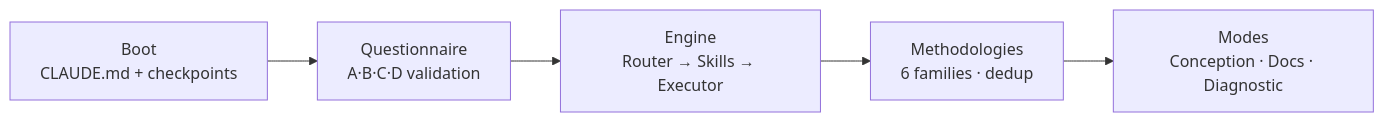
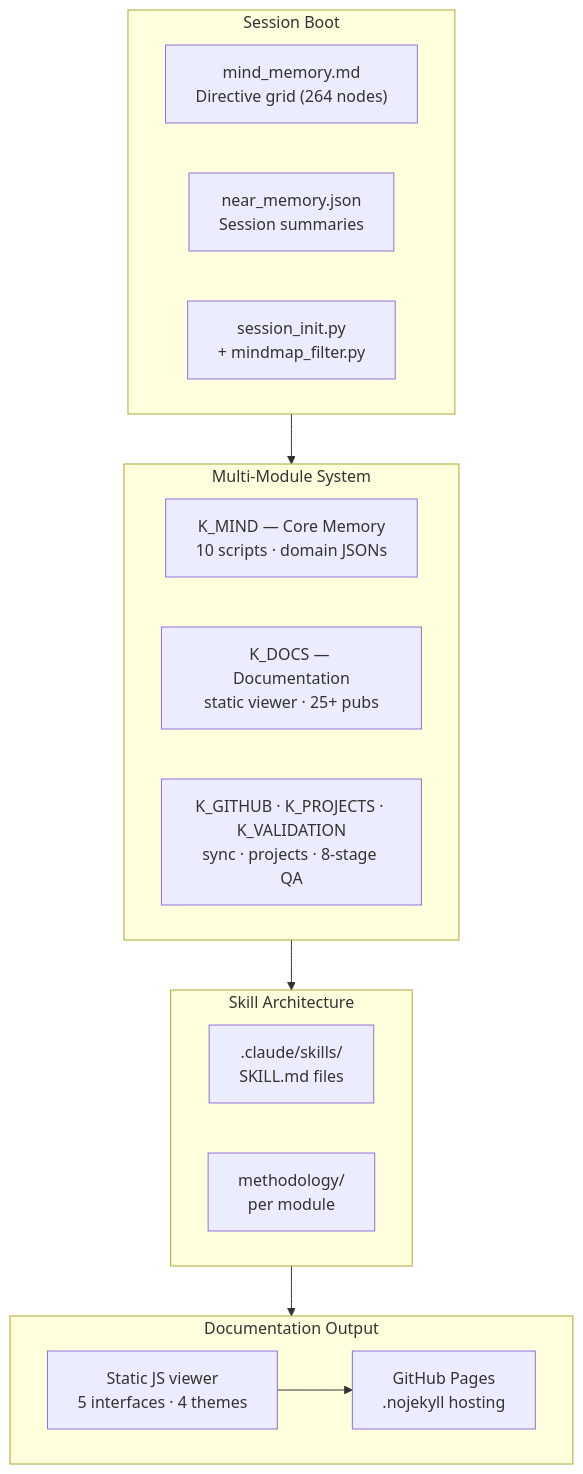
One commit to packetqc/K_DOCS changed the fourth of 4 diagrams in docs/publications/knowledge-2.0/full/index.md. Above: the diagram before and after it, drawn with Mermaid. The commit also changed other lines of this file and 1 other file, not shown here.

Commit message:
docs: update knowledge-2.0 mermaid diagrams to K2.0 architecture
Update evolution (v1→v2) and complete architecture diagrams to show
multi-module system, mind-first memory, skill-based routing, static
web viewer. Router and dedup diagrams match their surrounding text.

````diff
--- a/docs/publications/knowledge-2.0/full/index.md
+++ b/docs/publications/knowledge-2.0/full/index.md
@@ -421,7 +421,29 @@
 ```mermaid
-flowchart LR
-    BOOT["Boot<br/>CLAUDE.md + checkpoints"] --> Q["Questionnaire<br/>A·B·C·D validation"]
-    Q --> ENGINE["Engine<br/>Router → Skills → Executor"]
-    ENGINE --> METH["Methodologies<br/>6 families · dedup"]
-    METH --> MODES["Modes<br/>Conception · Docs · Diagnostic"]
+flowchart TB
+    subgraph BOOT["Session Boot"]
+        MINDMAP["mind_memory.md<br/>Directive grid (264 nodes)"]
+        NEAR["near_memory.json<br/>Session summaries"]
+        INIT["session_init.py<br/>+ mindmap_filter.py"]
+    end
+
+    subgraph MODULES["Multi-Module System"]
+        KMIND["K_MIND — Core Memory<br/>10 scripts · domain JSONs"]
+        KDOCS["K_DOCS — Documentation<br/>static viewer · 25+ pubs"]
+        KOTHER["K_GITHUB · K_PROJECTS · K_VALIDATION<br/>sync · projects · 8-stage QA"]
+    end
+
+    subgraph SKILLS["Skill Architecture"]
+        SKILLMD[".claude/skills/<br/>SKILL.md files"]
+        METHODOLOGY["methodology/<br/>per module"]
+    end
+
+    subgraph OUTPUT["Documentation Output"]
+        VIEWER["Static JS viewer<br/>5 interfaces · 4 themes"]
+        PAGES["GitHub Pages<br/>.nojekyll hosting"]
+    end
+
+    BOOT --> MODULES
+    MODULES --> SKILLS
+    SKILLS --> OUTPUT
+    VIEWER --> PAGES
 ```
````
